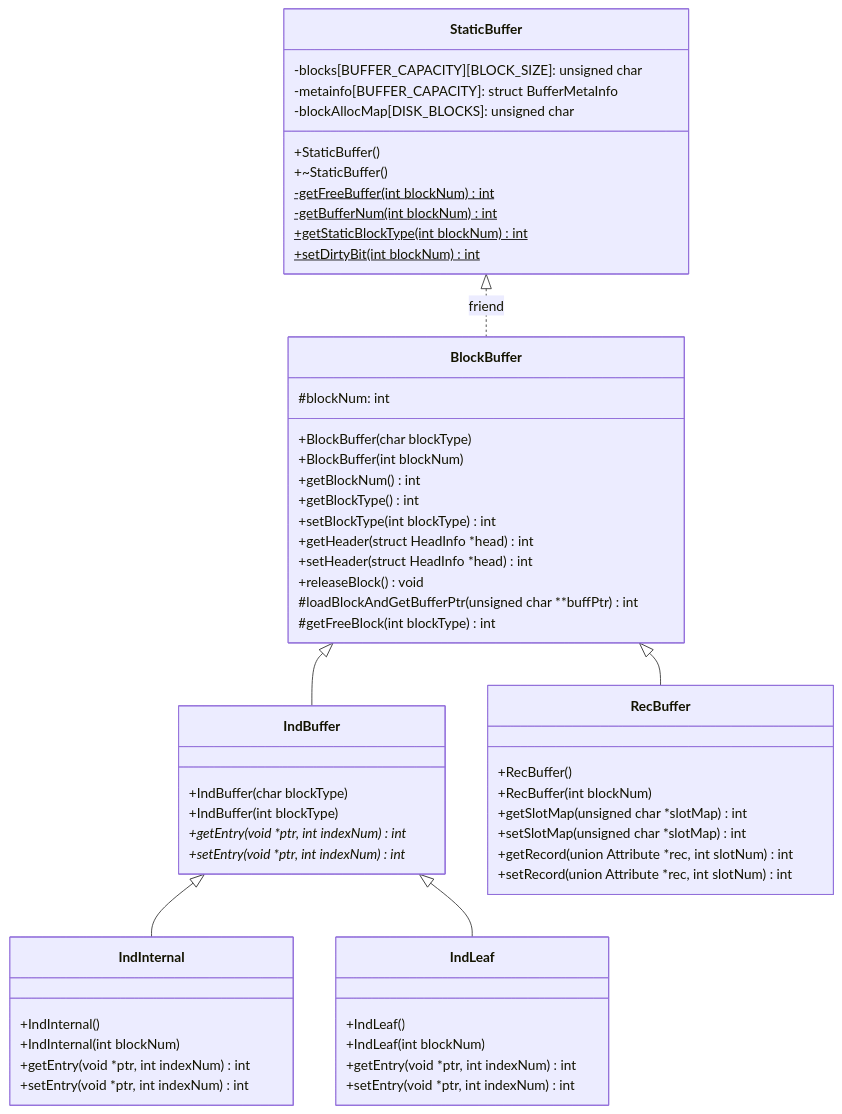
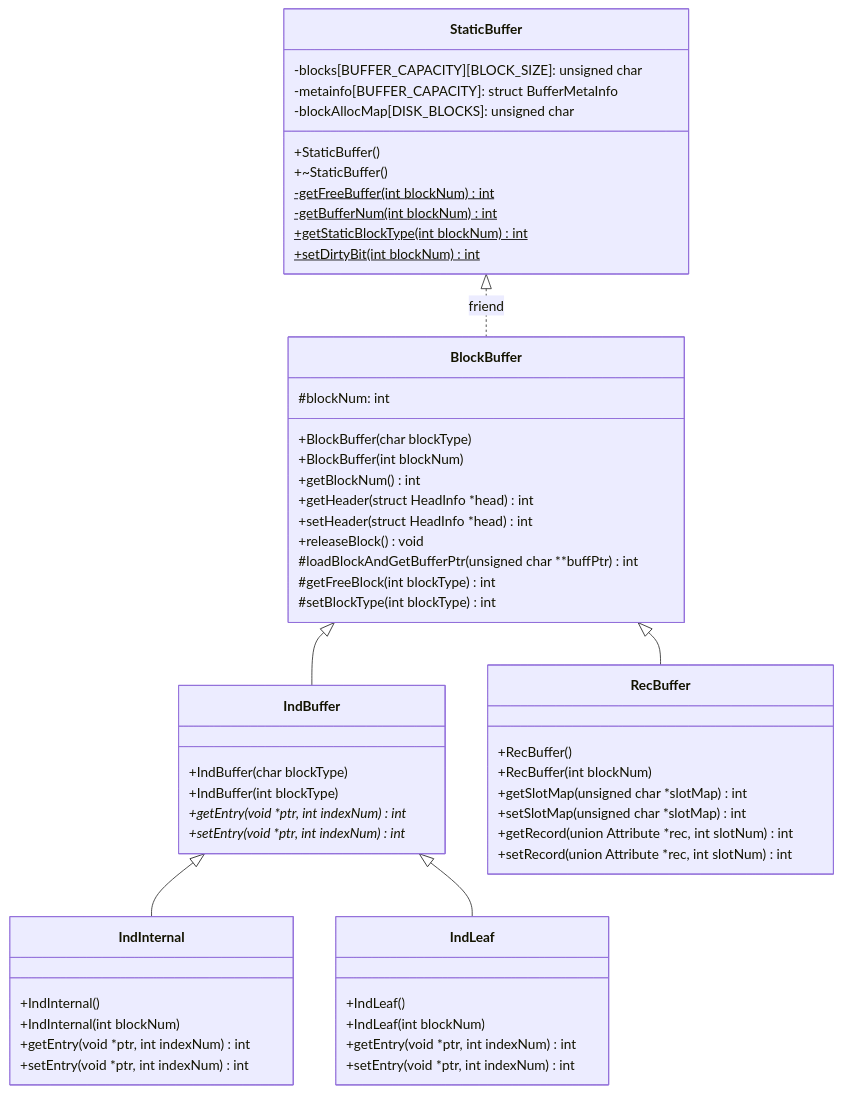
One commit to NITCbase/nitcbase.github.io changed the first of 2 diagrams in docs/Design/Buffer Layer.md. Above: the diagram before and after it, drawn with Mermaid. The commit also changed other lines of this file, not shown here.

````diff
--- a/docs/Design/Buffer Layer.md
+++ b/docs/Design/Buffer Layer.md
@@ -32,60 +32,59 @@
 ```mermaid
 classDiagram
     direction TD
     StaticBuffer <|.. BlockBuffer : friend
     BlockBuffer <|-- IndBuffer
     BlockBuffer <|-- RecBuffer
     IndBuffer <|-- IndInternal
     IndBuffer <|-- IndLeaf
     class StaticBuffer{
         -blocks[BUFFER_CAPACITY][BLOCK_SIZE]: unsigned char
         -metainfo[BUFFER_CAPACITY]: struct BufferMetaInfo
         -blockAllocMap[DISK_BLOCKS]: unsigned char
         +StaticBuffer()
         +~StaticBuffer()
         -getFreeBuffer(int blockNum)$ int
         -getBufferNum(int blockNum)$ int
         +getStaticBlockType(int blockNum)$ int
         +setDirtyBit(int blockNum)$ int
     }
     class BlockBuffer{
         #blockNum: int
         +BlockBuffer(char blockType)
         +BlockBuffer(int blockNum)
         +getBlockNum() int
-        +getBlockType() int
-        +setBlockType(int blockType) int
         +getHeader(struct HeadInfo *head) int
         +setHeader(struct HeadInfo *head) int
         +releaseBlock() void
         #loadBlockAndGetBufferPtr(unsigned char **buffPtr) int
         #getFreeBlock(int blockType) int
+        #setBlockType(int blockType) int
     }
     class IndBuffer{
         +IndBuffer(char blockType)
         +IndBuffer(int blockType)
         +getEntry(void *ptr, int indexNum)* int
         +setEntry(void *ptr, int indexNum)* int
     }
     class RecBuffer{
         +RecBuffer()
         +RecBuffer(int blockNum)
         +getSlotMap(unsigned char *slotMap) int
         +setSlotMap(unsigned char *slotMap) int
         +getRecord(union Attribute *rec, int slotNum) int
         +setRecord(union Attribute *rec, int slotNum) int
     }
     class IndInternal{
         +IndInternal()
         +IndInternal(int blockNum)
         +getEntry(void *ptr, int indexNum) int
         +setEntry(void *ptr, int indexNum) int
     }
     class IndLeaf{
         +IndLeaf()
         +IndLeaf(int blockNum)
         +getEntry(void *ptr, int indexNum) int
         +setEntry(void *ptr, int indexNum) int
     }
 
 ```
````
